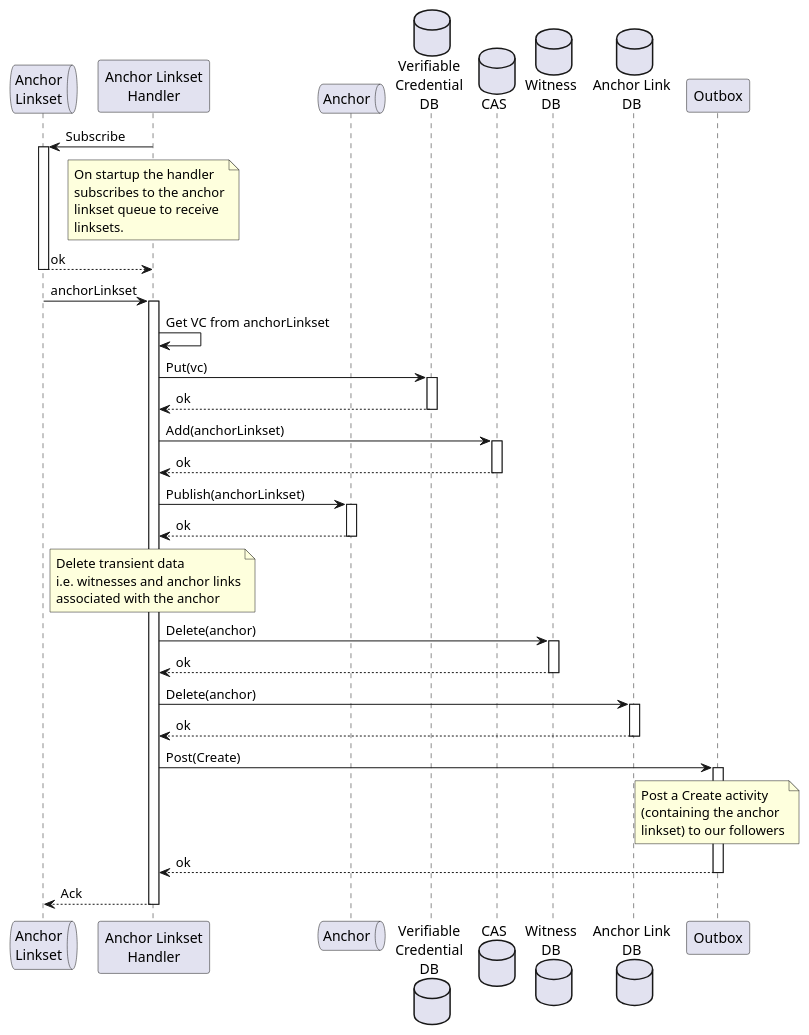
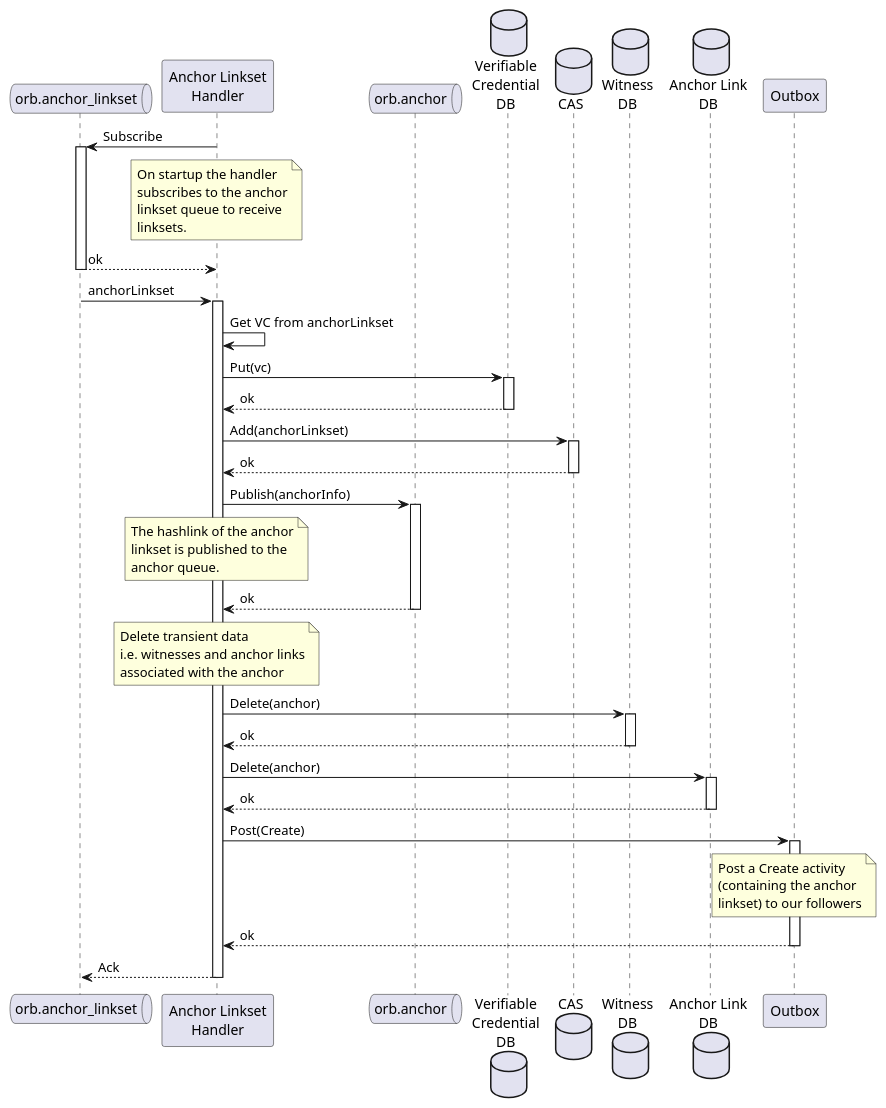
Before and after one commit to trustbloc/docs: the diagram in readthedocs/source/orb/diagrams/anchor-linkset-handler.puml, drawn with PlantUML. The commit also changed 24 other files, not shown here.

```diff
--- a/readthedocs/source/orb/diagrams/anchor-linkset-handler.puml
+++ b/readthedocs/source/orb/diagrams/anchor-linkset-handler.puml
@@ -1,78 +1,83 @@
 @startuml
 'https://plantuml.com/sequence-diagram
 
-queue "Anchor\nLinkset" as anchorLinksetQueue
+queue "orb.anchor_linkset" as anchorLinksetQueue
 
 participant "Anchor Linkset\nHandler" as anchorLinksetHandler
-queue "Anchor" as anchorQueue
+queue "orb.anchor" as anchorQueue
 
 database "Verifiable\nCredential\nDB" as vcDB
 database "CAS" as cas
 database "Witness\nDB" as witnessDB
 database "Anchor Link\nDB" as anchorLinkDB
 
 participant "Outbox" as outbox
 
 anchorLinksetHandler -> anchorLinksetQueue: Subscribe
 note over anchorLinksetHandler
   On startup the handler
   subscribes to the anchor
   linkset queue to receive
   linksets.
 end note
 activate anchorLinksetQueue
   anchorLinksetQueue --> anchorLinksetHandler: ok
 deactivate anchorLinksetQueue
 
 anchorLinksetQueue -> anchorLinksetHandler: anchorLinkset
 
 activate anchorLinksetHandler
   anchorLinksetHandler -> anchorLinksetHandler: Get VC from anchorLinkset
 
   anchorLinksetHandler -> vcDB: Put(vc)
   activate vcDB
   vcDB --> anchorLinksetHandler: ok
   deactivate vcDB
 
   anchorLinksetHandler -> cas: Add(anchorLinkset)
   activate cas
     cas --> anchorLinksetHandler: ok
   deactivate cas
 
-  anchorLinksetHandler -> anchorQueue: Publish(anchorLinkset)
+  anchorLinksetHandler -> anchorQueue: Publish(anchorInfo)
   activate anchorQueue
+    note over anchorLinksetHandler
+      The hashlink of the anchor
+      linkset is published to the
+      anchor queue.
+    end note
     anchorQueue --> anchorLinksetHandler: ok
   deactivate anchorQueue
 
   note over anchorLinksetHandler
      Delete transient data
      i.e. witnesses and anchor links
      associated with the anchor
   end note
 
   anchorLinksetHandler -> witnessDB: Delete(anchor)
   activate witnessDB
     witnessDB --> anchorLinksetHandler: ok
   deactivate witnessDB
 
   anchorLinksetHandler -> anchorLinkDB: Delete(anchor)
   activate anchorLinkDB
     anchorLinkDB --> anchorLinksetHandler: ok
   deactivate anchorLinkDB
 
   anchorLinksetHandler -> outbox: Post(Create)
 
   activate outbox
   note over outbox
      Post a Create activity
      (containing the anchor
      linkset) to our followers
   end note
 
   outbox --> anchorLinksetHandler: ok
   deactivate outbox
 
   anchorLinksetHandler --> anchorLinksetQueue: Ack
 deactivate anchorLinksetHandler
 
 @enduml
```
